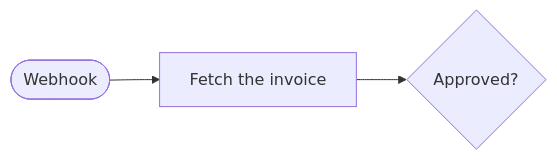
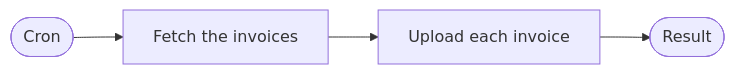
One commit to swizzletech/swizzle changed the diagram in docs/how-to/write-an-automation.md. Above: the diagram before and after it, drawn with Mermaid. The commit also changed other lines of this file and 43 other files, not shown here.

````diff
--- a/docs/how-to/write-an-automation.md
+++ b/docs/how-to/write-an-automation.md
@@ -189,4 +189,4 @@
 ```mermaid
 flowchart LR
-  trigger([Webhook]) --> fetch-invoice-123[Fetch the invoice] --> publish{Approved?}
+  trigger([Cron]) --> fetch[Fetch the invoices] --> upload[Upload each invoice] --> done([Result])
 ```
````
